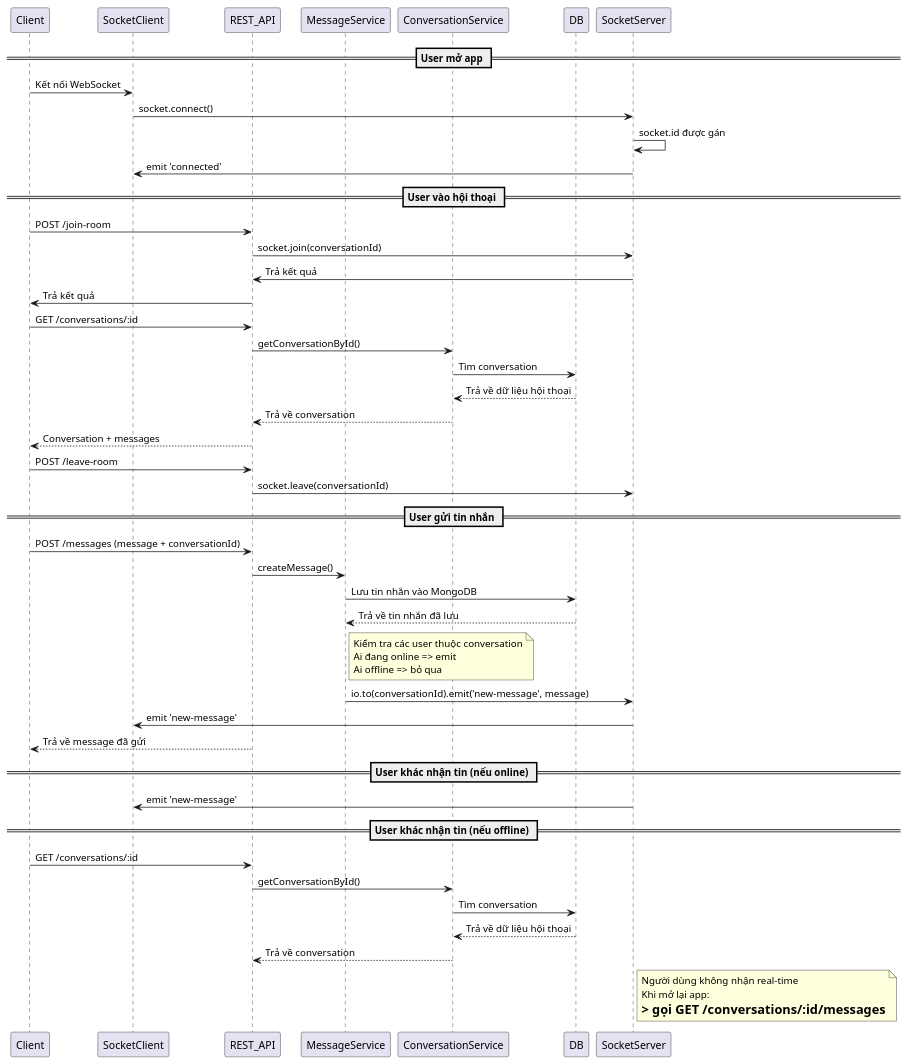
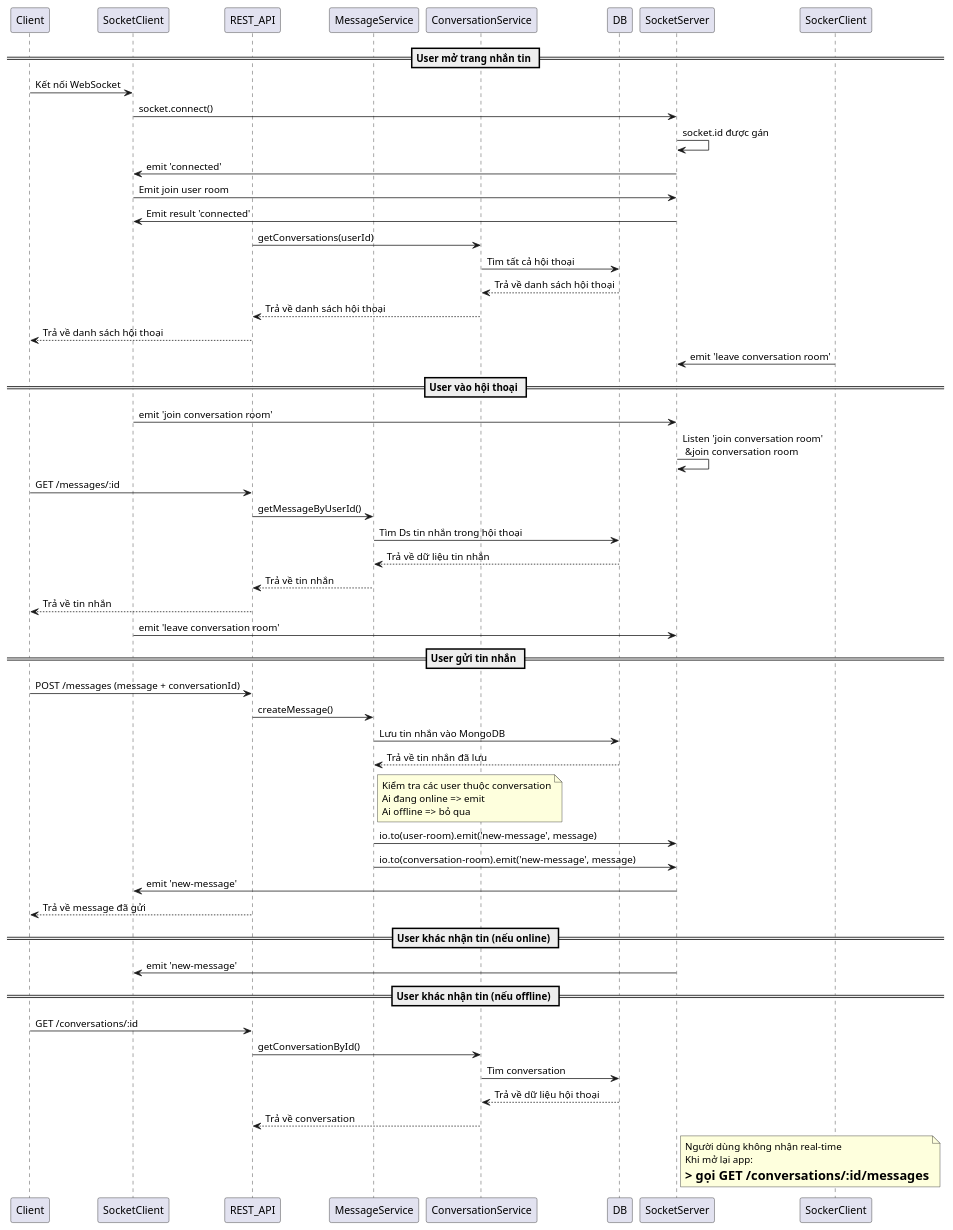
One commit to timothyagile/SE121-MxhDuLich changed the diagram in SE121_TravelSocial-Backend/docs/message.sequence.plantuml. Above: the diagram before and after it, drawn with PlantUML. The commit also changed 9 other files, not shown here.

First line of the commit message:
socket server

```diff
--- a/SE121_TravelSocial-Backend/docs/message.sequence.plantuml
+++ b/SE121_TravelSocial-Backend/docs/message.sequence.plantuml
@@ -1,62 +1,74 @@
 @startuml
 participant Client
 participant SocketClient
 participant REST_API
 participant MessageService
 participant ConversationService
 participant DB
 participant SocketServer
 
-== User mở app ==
+== User mở trang nhắn tin ==
 Client -> SocketClient : Kết nối WebSocket
 SocketClient -> SocketServer : socket.connect()
 SocketServer -> SocketServer : socket.id được gán
 SocketServer -> SocketClient : emit 'connected'
 
+SocketClient -> SocketServer: Emit join user room
+SocketServer -> SocketClient: Emit result 'connected'
+
+REST_API -> ConversationService: getConversations(userId)
+ConversationService -> DB : Tìm tất cả hội thoại
+DB --> ConversationService : Trả về danh sách hội thoại
+ConversationService --> REST_API : Trả về danh sách hội thoại
+REST_API --> Client : Trả về danh sách hội thoại
+
+SockerClient -> SocketServer: emit 'leave conversation room'
+
 == User vào hội thoại ==
-Client -> REST_API: POST /join-room
-REST_API -> SocketServer: socket.join(conversationId)
-SocketServer -> REST_API: Trả kết quả
-REST_API -> Client: Trả kết quả
-Client -> REST_API : GET /conversations/:id
-REST_API -> ConversationService : getConversationById()
-ConversationService -> DB : Tìm conversation
-DB --> ConversationService : Trả về dữ liệu hội thoại
-ConversationService --> REST_API : Trả về conversation
-REST_API --> Client : Conversation + messages
-Client -> REST_API: POST /leave-room
-REST_API -> SocketServer: socket.leave(conversationId)
+SocketClient -> SocketServer: emit 'join conversation room'
+SocketServer -> SocketServer: Listen 'join conversation room'\n &join conversation room
+
+Client -> REST_API : GET /messages/:id
+REST_API -> MessageService : getMessageByUserId()
+MessageService -> DB : Tìm Ds tin nhắn trong hội thoại 
+DB --> MessageService : Trả về dữ liệu tin nhắn
+MessageService --> REST_API : Trả về tin nhắn
+REST_API --> Client : Trả về tin nhắn
+
+SocketClient -> SocketServer: emit 'leave conversation room'
+
 
 == User gửi tin nhắn ==
 Client -> REST_API : POST /messages (message + conversationId)
 REST_API -> MessageService : createMessage()
 MessageService -> DB : Lưu tin nhắn vào MongoDB
 DB --> MessageService : Trả về tin nhắn đã lưu
 
 note right of MessageService
   Kiểm tra các user thuộc conversation
   Ai đang online => emit
   Ai offline => bỏ qua
 end note
 
-MessageService -> SocketServer : io.to(conversationId).emit('new-message', message)
+MessageService -> SocketServer : io.to(user-room).emit('new-message', message)
+MessageService -> SocketServer : io.to(conversation-room).emit('new-message', message)
 SocketServer -> SocketClient : emit 'new-message'
 
 REST_API --> Client : Trả về message đã gửi
 
 == User khác nhận tin (nếu online) ==
 SocketServer -> SocketClient : emit 'new-message'
 
 == User khác nhận tin (nếu offline) ==
 Client -> REST_API : GET /conversations/:id
 REST_API -> ConversationService : getConversationById()
 ConversationService -> DB : Tìm conversation
 DB --> ConversationService : Trả về dữ liệu hội thoại
 ConversationService --> REST_API : Trả về conversation
 note right of SocketServer
   Người dùng không nhận real-time
   Khi mở lại app:
   => gọi GET /conversations/:id/messages
 end note
 
 @enduml
```
